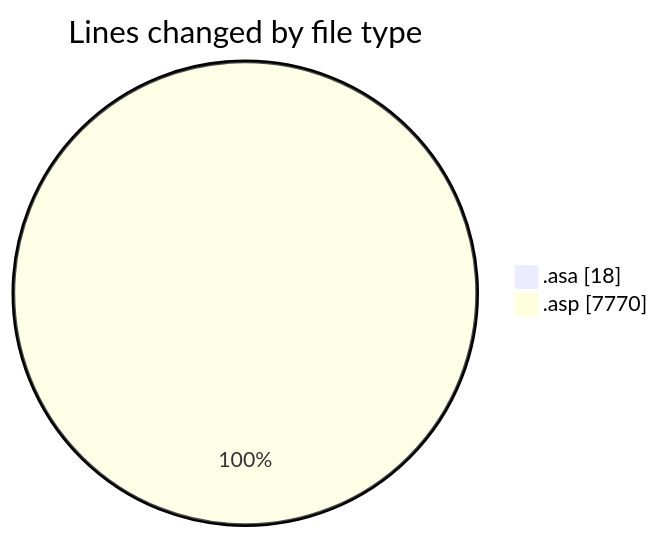
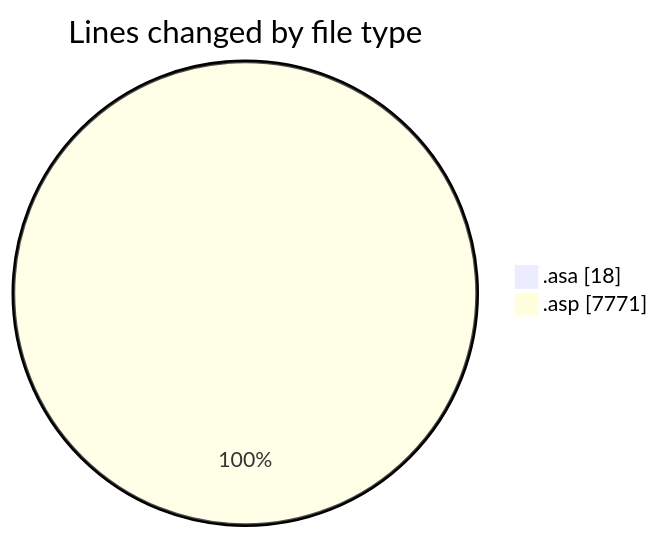
One commit to julien-gomy/code-tracking changed the first of 2 diagrams in 2025-11-06/usr_aleoudev_fr__workspace_/README.md. Above: the diagram before and after it, drawn with Mermaid. The commit also changed other lines of this file and 1 other file, not shown here.

````diff
--- a/2025-11-06/usr_aleoudev_fr__workspace_/README.md
+++ b/2025-11-06/usr_aleoudev_fr__workspace_/README.md
@@ -24,6 +24,6 @@
 ```mermaid
 pie showData
 title Lines changed by file type
 ".asa" : 18
-".asp" : 7770
+".asp" : 7771
 ```
````
